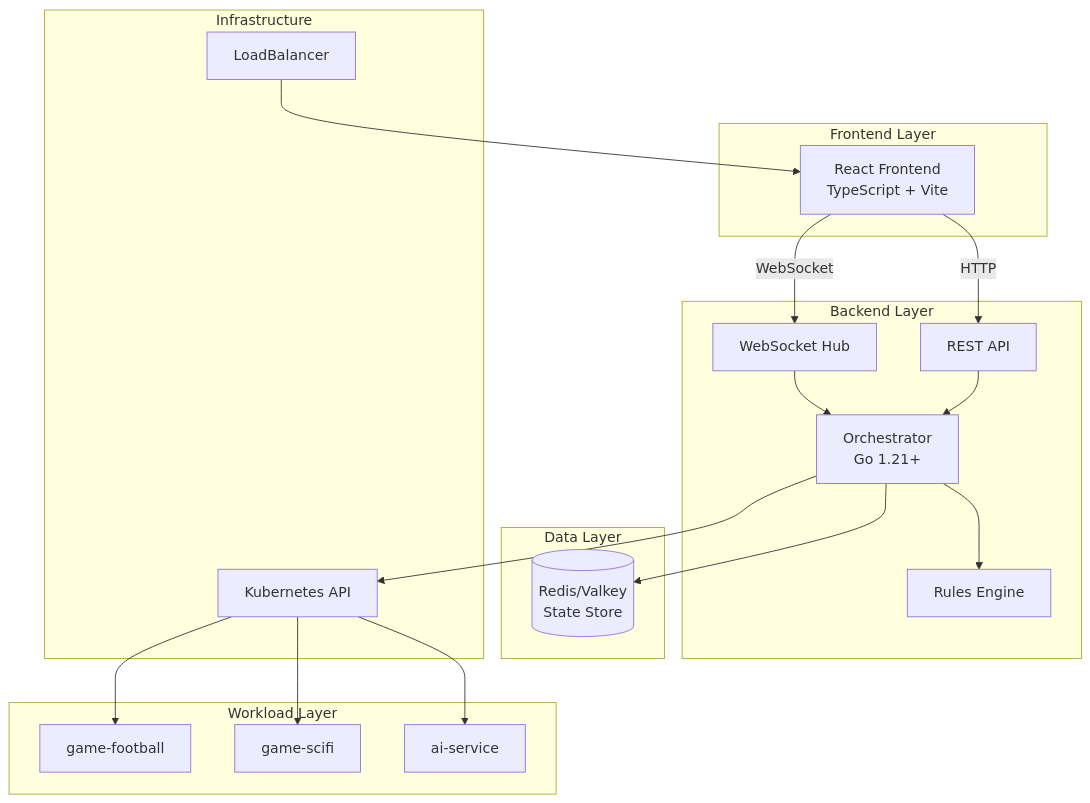
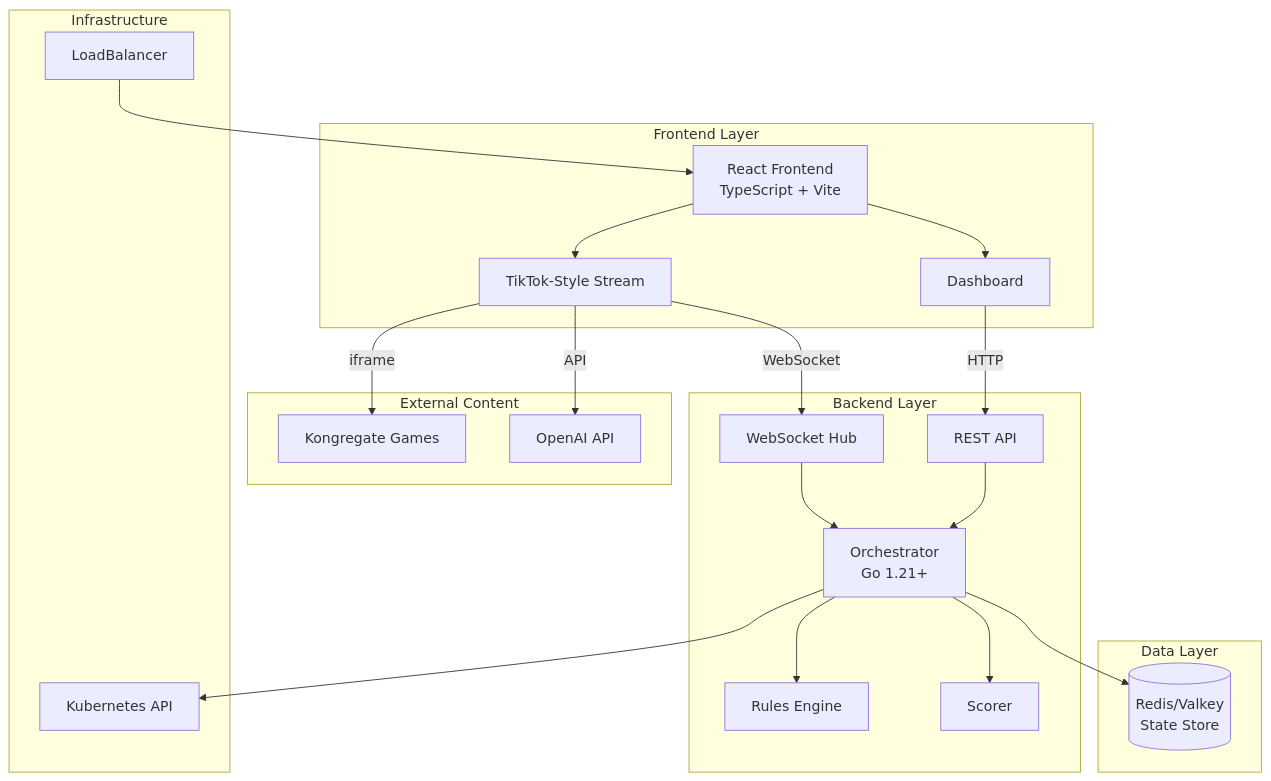
Before and after one commit to ChanMeng666/gavigo: the first of 8 diagrams in README.md, drawn with Mermaid. The commit also changed other lines of this file and 3 other files, not shown here.

First line of the commit message:
Update docs for TikTok-style UI and external games

````diff
--- a/README.md
+++ b/README.md
@@ -59,40 +79,44 @@
 ```mermaid
 graph TB
     subgraph "Frontend Layer"
         FE[React Frontend<br/>TypeScript + Vite]
+        TT[TikTok-Style Stream]
+        DASH[Dashboard]
     end
 
     subgraph "Backend Layer"
         ORCH[Orchestrator<br/>Go 1.21+]
         WS[WebSocket Hub]
         API[REST API]
         ENGINE[Rules Engine]
+        SCORER[Scorer]
     end
 
     subgraph "Data Layer"
         REDIS[(Redis/Valkey<br/>State Store)]
     end
 
-    subgraph "Workload Layer"
-        GF[game-football]
-        GS[game-scifi]
-        AI[ai-service]
+    subgraph "External Content"
+        KG[Kongregate Games]
+        OAI[OpenAI API]
     end
 
     subgraph "Infrastructure"
         K8S[Kubernetes API]
         LB[LoadBalancer]
     end
 
-    FE -->|WebSocket| WS
-    FE -->|HTTP| API
+    FE --> TT
+    FE --> DASH
+    TT -->|WebSocket| WS
+    DASH -->|HTTP| API
     WS --> ORCH
     API --> ORCH
     ORCH --> ENGINE
+    ORCH --> SCORER
     ORCH --> REDIS
     ORCH --> K8S
-    K8S --> GF
-    K8S --> GS
-    K8S --> AI
+    TT -->|iframe| KG
+    TT -->|API| OAI
     LB --> FE
 ```
````
